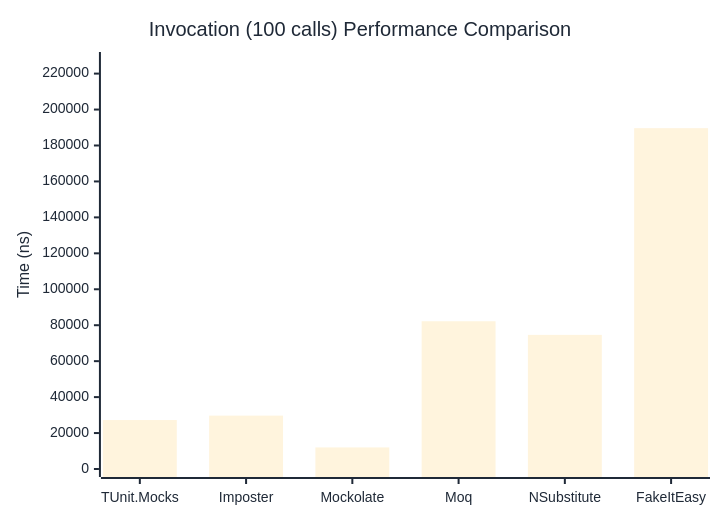
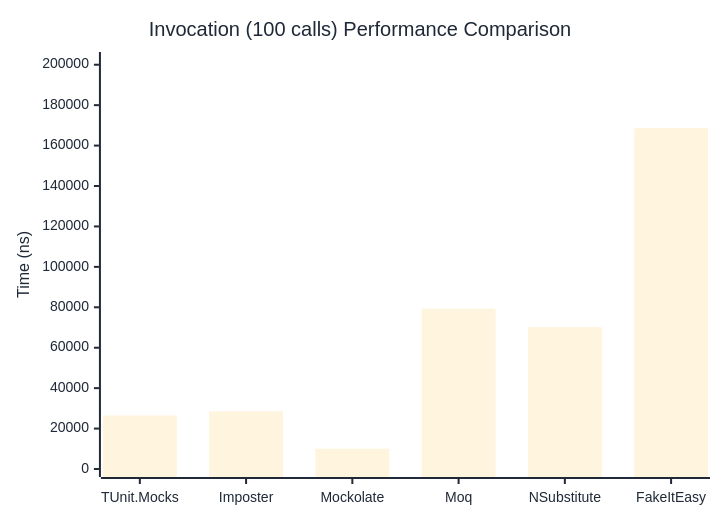
One commit to thomhurst/TUnit changed the third of 3 diagrams in docs/docs/benchmarks/mocks/Invocation.md. Above: the diagram before and after it, drawn with Mermaid. The commit also changed other lines of this file and 14 other files, not shown here.

````diff
--- a/docs/docs/benchmarks/mocks/Invocation.md
+++ b/docs/docs/benchmarks/mocks/Invocation.md
@@ -112,27 +112,27 @@
 ```mermaid
 %%{init: {
   'theme':'base',
   'themeVariables': {
     'primaryColor': '#2563eb',
     'primaryTextColor': '#1f2937',
     'primaryBorderColor': '#1e40af',
     'lineColor': '#6b7280',
     'secondaryColor': '#7c3aed',
     'tertiaryColor': '#dc2626',
     'background': '#ffffff',
     'pie1': '#2563eb',
     'pie2': '#7c3aed',
     'pie3': '#dc2626',
     'pie4': '#f59e0b',
     'pie5': '#10b981',
     'pie6': '#06b6d4',
     'pie7': '#ec4899',
     'pie8': '#6366f1'
   }
 }}%%
 xychart-beta
   title "Invocation (100 calls) Performance Comparison"
   x-axis ["TUnit.Mocks", "Imposter", "Mockolate", "Moq", "NSubstitute", "FakeItEasy"]
-  y-axis "Time (ns)" 0 --> 227569
-  bar [27244.3, 29698.6, 12003.7, 82207.2, 74627.2, 189640.4]
+  y-axis "Time (ns)" 0 --> 202341
+  bar [26483.3, 28505.24, 10054.47, 79382.16, 70175.73, 168617.38]
 ```
````
